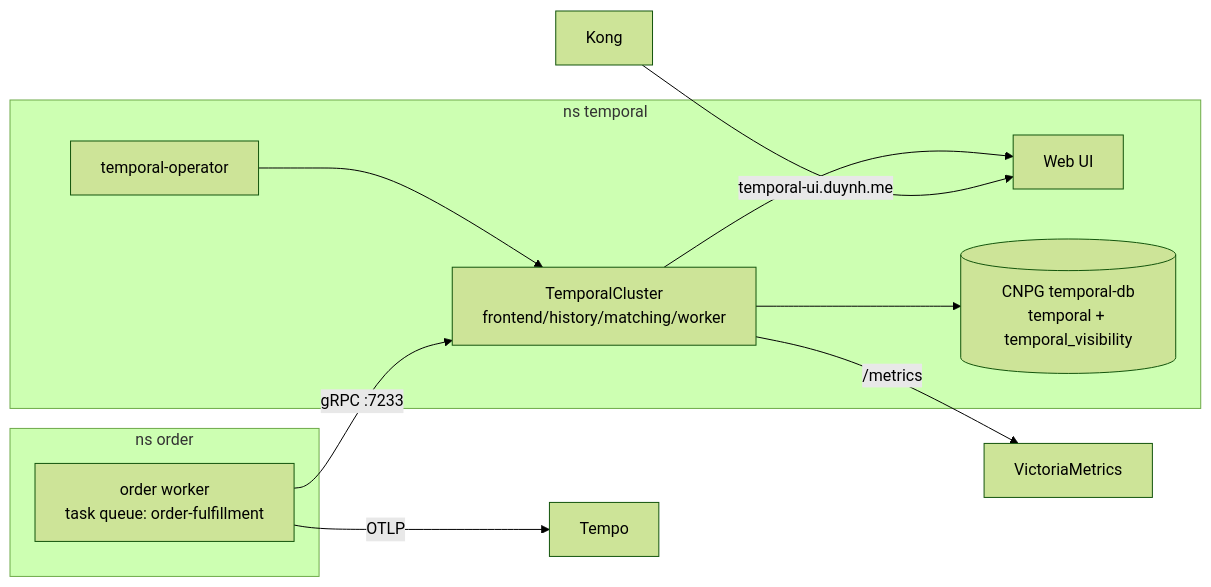
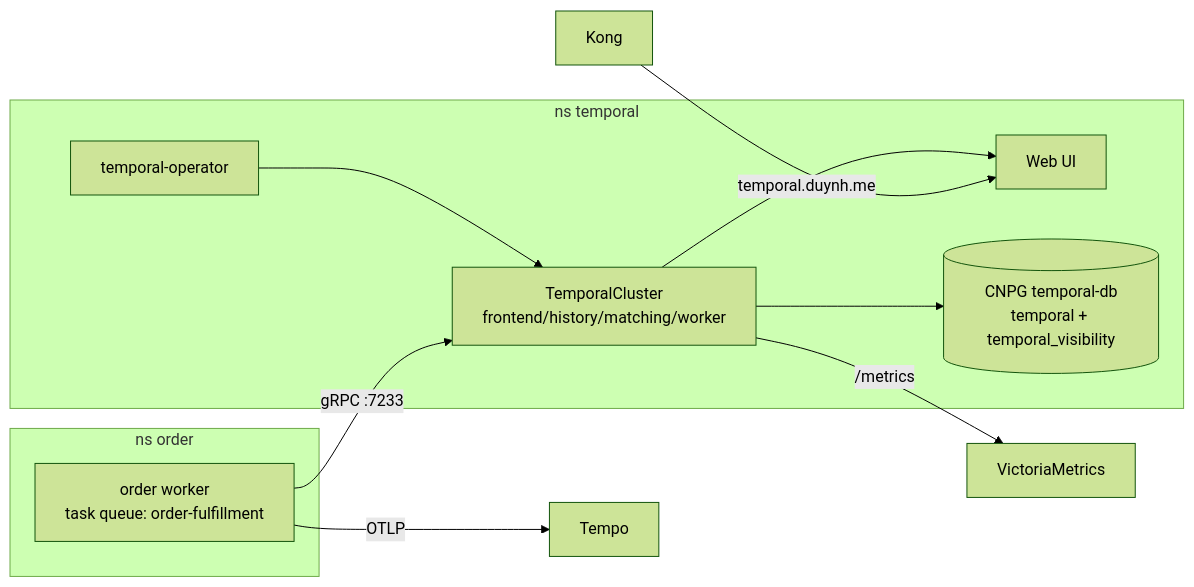
The third of 3 diagrams in docs/architecture/temporal-order-fulfillment.md (duynhlab/homelab), drawn with Mermaid (forest theme) before and after one commit. The commit also changed other lines of this file and 1 other file, not shown here.

First line of the commit message:
Pin Temporal server to 1.24.2 with target 1.27.x

````diff
--- a/docs/architecture/temporal-order-fulfillment.md
+++ b/docs/architecture/temporal-order-fulfillment.md
@@ -102,19 +110,19 @@
 ```mermaid
 flowchart LR
     subgraph ns_temporal[ns temporal]
         OP[temporal-operator]
         TC[TemporalCluster<br/>frontend/history/matching/worker]
         UI[Web UI]
         TDB[(CNPG temporal-db<br/>temporal + temporal_visibility)]
         OP --> TC
         TC --> TDB
         TC --> UI
     end
     subgraph ns_order[ns order]
         OW[order worker<br/>task queue: order-fulfillment]
     end
     OW -- gRPC :7233 --> TC
-    Kong[Kong] -- temporal-ui.duynh.me --> UI
+    Kong[Kong] -- temporal.duynh.me --> UI
     TC -- /metrics --> VM[VictoriaMetrics]
     OW -- OTLP --> Tempo
 ```
````
